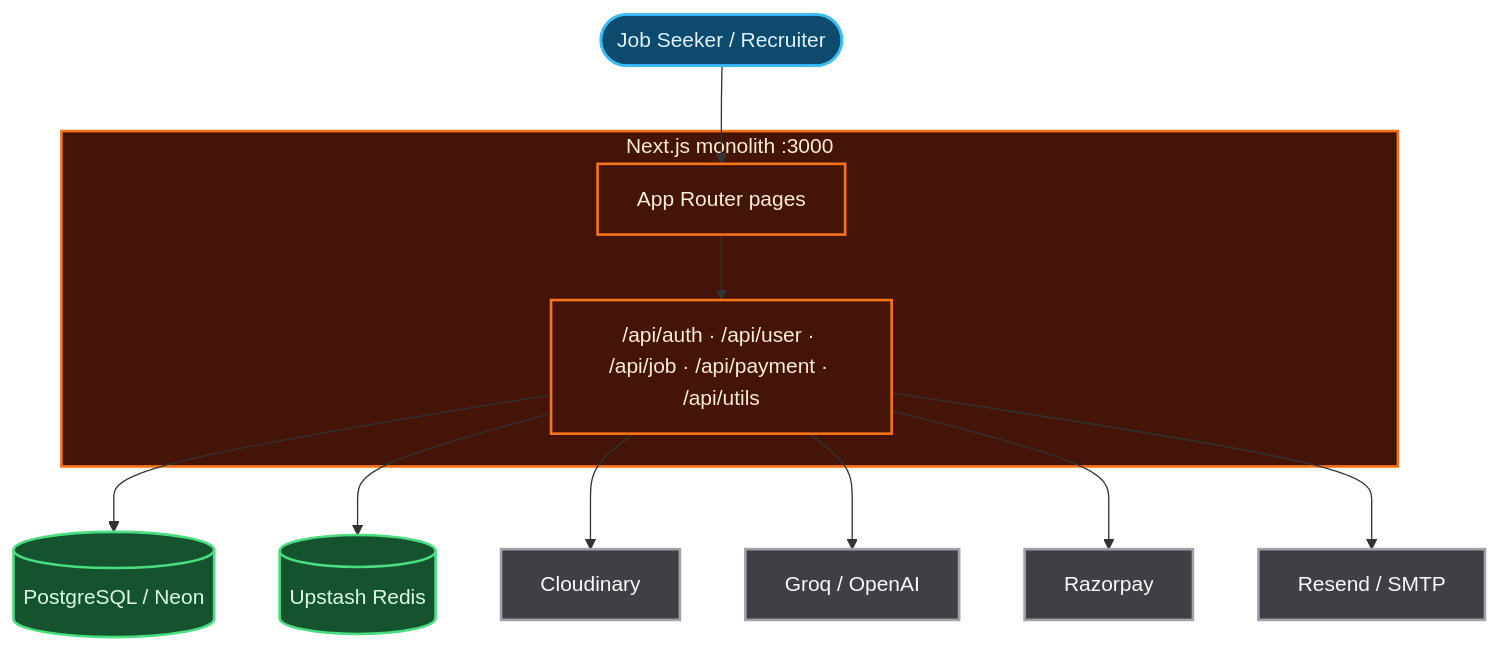
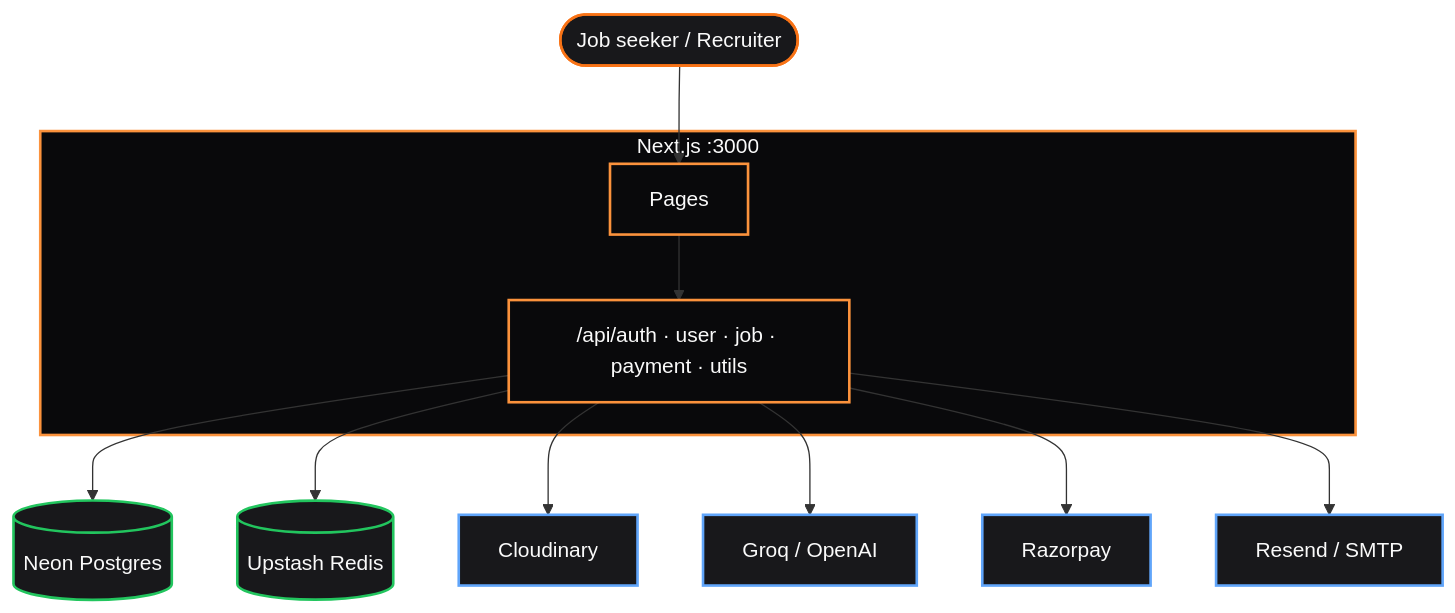
Before and after one commit to AJKakarot/NextHire: the diagram in README.md, drawn with Mermaid. The commit also changed other lines of this file and 10 other files, not shown here.

````diff
--- a/README.md
+++ b/README.md
@@ -50,32 +48,32 @@
 ```mermaid
 flowchart TB
-    classDef client fill:#0c4a6e,stroke:#38bdf8,stroke-width:2px,color:#e0f2fe
-    classDef app fill:#431407,stroke:#f97316,stroke-width:2px,color:#ffedd5
-    classDef data fill:#14532d,stroke:#4ade80,stroke-width:2px,color:#dcfce7
-    classDef external fill:#3f3f46,stroke:#a1a1aa,stroke-width:2px,color:#fafafa
+    classDef client fill:#18181B,stroke:#F97316,stroke-width:2px,color:#FAFAFA
+    classDef app fill:#09090B,stroke:#FB923C,stroke-width:2px,color:#FAFAFA
+    classDef data fill:#18181B,stroke:#22C55E,stroke-width:2px,color:#FAFAFA
+    classDef ext fill:#18181B,stroke:#60A5FA,stroke-width:2px,color:#FAFAFA
 
-    USERS(["Job Seeker / Recruiter"]):::client
+    USERS(["Job seeker / Recruiter"]):::client
 
-    subgraph APP["Next.js monolith :3000"]
-        UI["App Router pages"]
-        API["/api/auth · /api/user · /api/job · /api/payment · /api/utils"]
+    subgraph APP["Next.js :3000"]
+        UI["Pages"]
+        API["/api/auth · user · job · payment · utils"]
         UI --> API
     end
 
-    PG[("PostgreSQL / Neon")]:::data
+    PG[("Neon Postgres")]:::data
     REDIS[("Upstash Redis")]:::data
-    CLOUD["Cloudinary"]:::external
-    GEMINI["Groq / OpenAI"]:::external
-    RAZOR["Razorpay"]:::external
-    SMTP["Resend / SMTP"]:::external
+    CLOUD["Cloudinary"]:::ext
+    LLM["Groq / OpenAI"]:::ext
+    RAZOR["Razorpay"]:::ext
+    MAIL["Resend / SMTP"]:::ext
 
     USERS --> UI
     API --> PG
     API --> REDIS
     API --> CLOUD
-    API --> GEMINI
+    API --> LLM
     API --> RAZOR
-    API --> SMTP
+    API --> MAIL
 
     class UI,API,APP app
 ```
````
